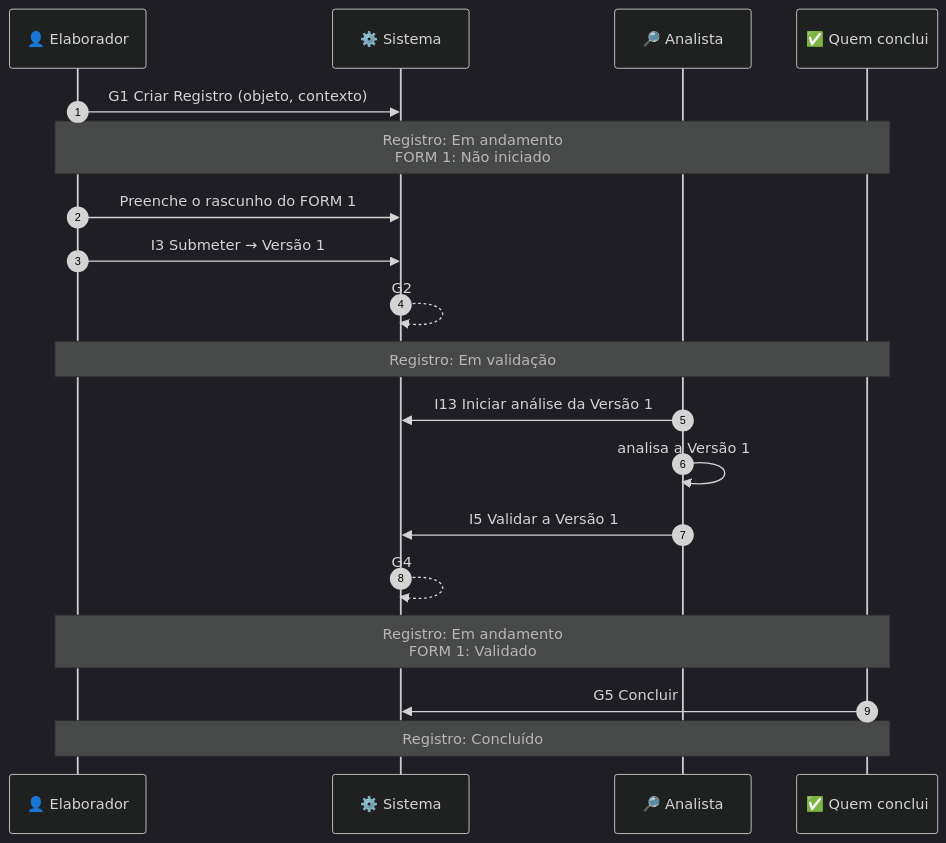
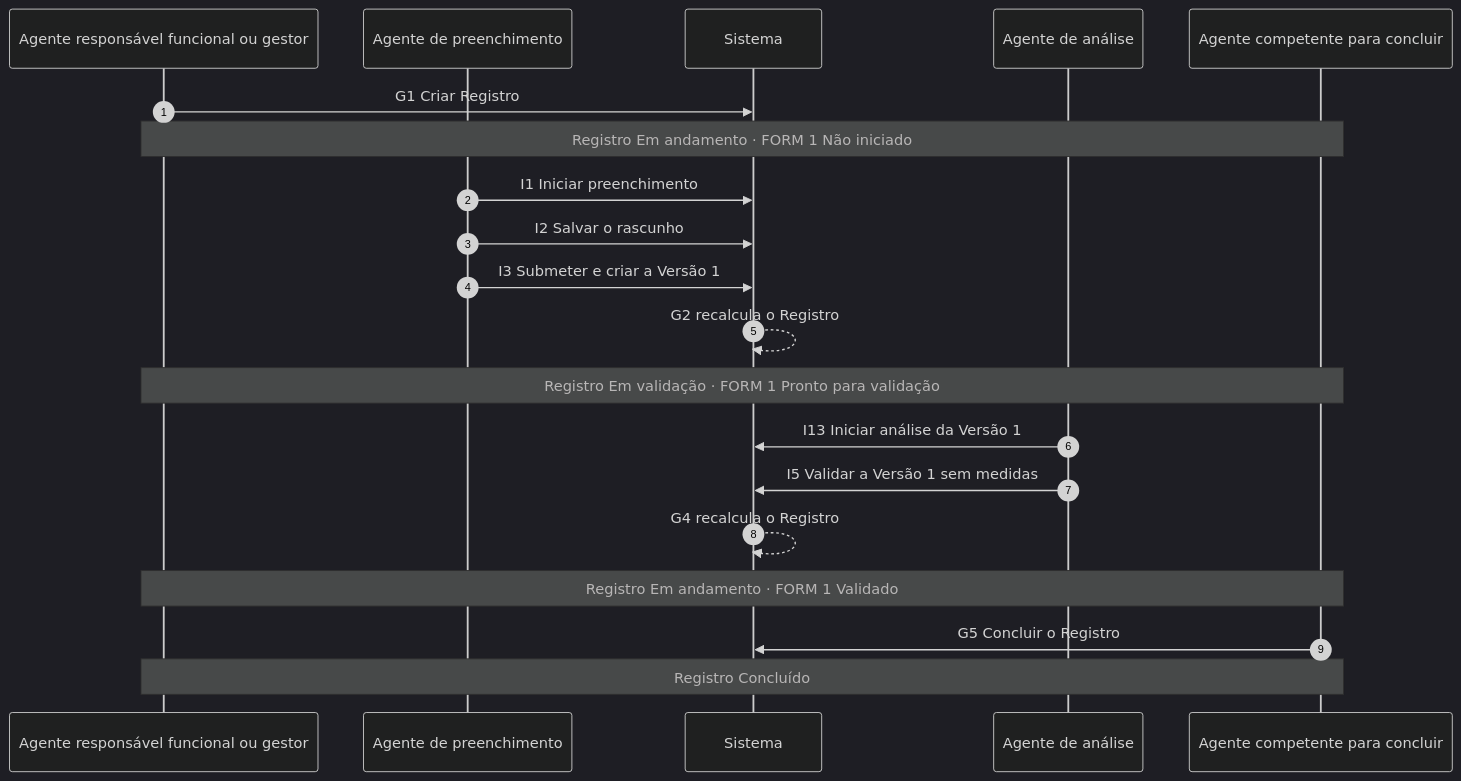
One commit to ailtonfv/governanca-lgpd-hortolandia changed the fourth of 9 diagrams in docs/arquitetura/MAPA_M1a.md. Above: the diagram before and after it, drawn with Mermaid (dark theme). The commit also changed other lines of this file, not shown here.

Commit message:
Reescreve mapa funcional e tecnico do M1a

````diff
--- a/docs/arquitetura/MAPA_M1a.md
+++ b/docs/arquitetura/MAPA_M1a.md
@@ -136,21 +218,23 @@
 ```mermaid
 sequenceDiagram
     autonumber
-    participant E as 👤 Elaborador
-    participant S as ⚙️ Sistema
-    participant A as 🔎 Analista
-    participant C as ✅ Quem conclui
-    E->>S: G1 Criar Registro (objeto, contexto)
-    Note over E,C: Registro: Em andamento<br/>FORM 1: Não iniciado
-    E->>S: Preenche o rascunho do FORM 1
-    E->>S: I3 Submeter → Versão 1
-    S-->>S: G2
-    Note over E,C: Registro: Em validação
+    participant G as Agente responsável funcional ou gestor
+    participant P as Agente de preenchimento
+    participant S as Sistema
+    participant A as Agente de análise
+    participant C as Agente competente para concluir
+
+    G->>S: G1 Criar Registro
+    Note over G,C: Registro Em andamento · FORM 1 Não iniciado
+    P->>S: I1 Iniciar preenchimento
+    P->>S: I2 Salvar o rascunho
+    P->>S: I3 Submeter e criar a Versão 1
+    S-->>S: G2 recalcula o Registro
+    Note over G,C: Registro Em validação · FORM 1 Pronto para validação
     A->>S: I13 Iniciar análise da Versão 1
-    A->>A: analisa a Versão 1
-    A->>S: I5 Validar a Versão 1
-    S-->>S: G4
-    Note over E,C: Registro: Em andamento<br/>FORM 1: Validado
-    C->>S: G5 Concluir
-    Note over E,C: Registro: Concluído
+    A->>S: I5 Validar a Versão 1 sem medidas
+    S-->>S: G4 recalcula o Registro
+    Note over G,C: Registro Em andamento · FORM 1 Validado
+    C->>S: G5 Concluir o Registro
+    Note over G,C: Registro Concluído
 ```
````
